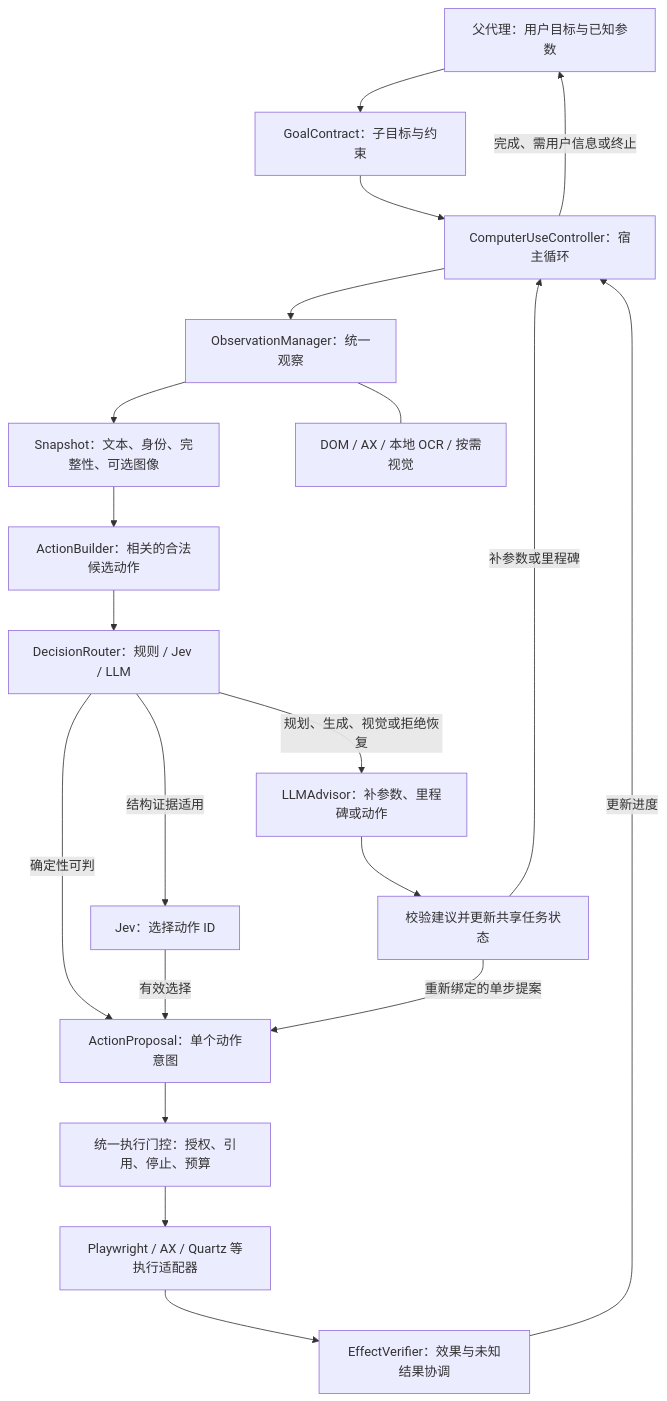
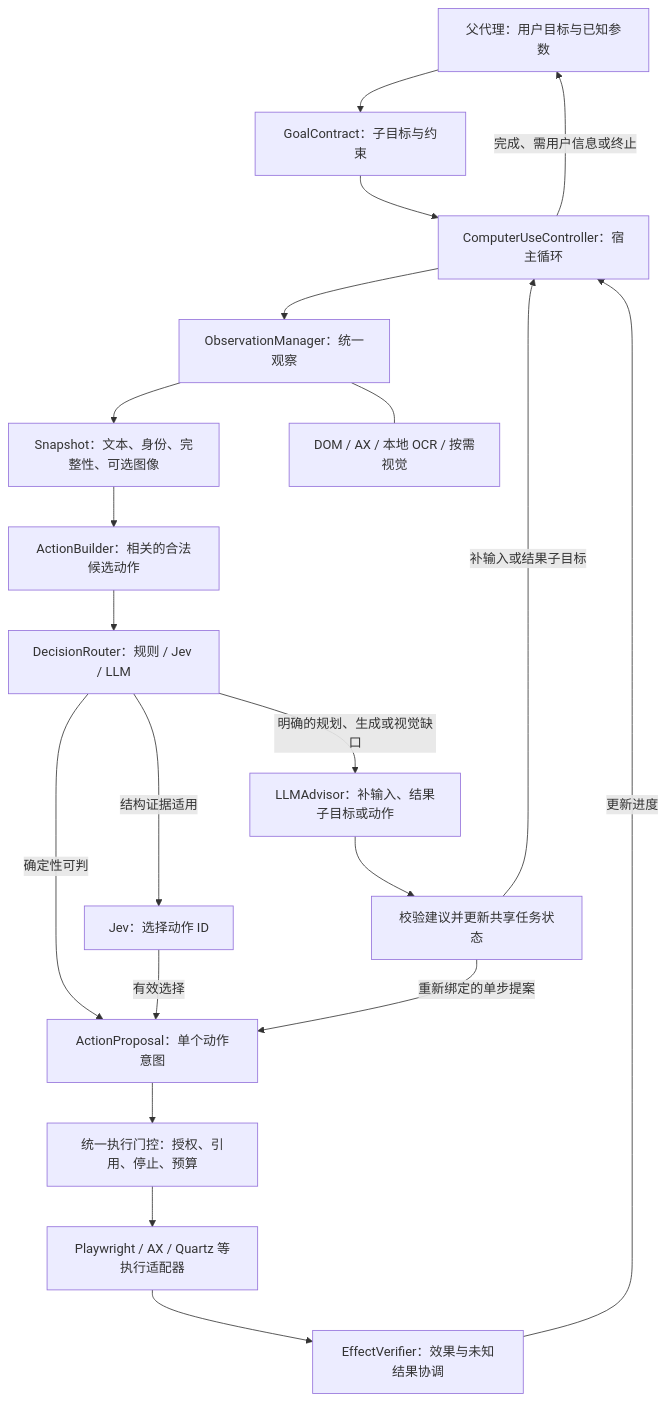
The first of 5 diagrams in docs/plans/active/computer-use-strategy-ladder.md (zbcjackson/tank), drawn with Mermaid before and after one commit. The commit also changed other lines of this file and 1 other file, not shown here.

````diff
--- a/docs/plans/active/computer-use-strategy-ladder.md
+++ b/docs/plans/active/computer-use-strategy-ladder.md
@@ -61,22 +62,22 @@
 ```mermaid
 flowchart TD
     P[父代理：用户目标与已知参数] --> G[GoalContract：子目标与约束]
     G --> C[ComputerUseController：宿主循环]
     C --> O[ObservationManager：统一观察]
     O --> S[Snapshot：文本、身份、完整性、可选图像]
     S --> B[ActionBuilder：相关的合法候选动作]
     B --> R[DecisionRouter：规则 / Jev / LLM]
     R -->|确定性可判| A[ActionProposal：单个动作意图]
     R -->|结构证据适用| J[Jev：选择动作 ID]
     J -->|有效选择| A
-    R -->|规划、生成、视觉或拒绝恢复| L[LLMAdvisor：补参数、里程碑或动作]
+    R -->|明确的规划、生成或视觉缺口| L[LLMAdvisor：补输入、结果子目标或动作]
     L --> U[校验建议并更新共享任务状态]
-    U -->|补参数或里程碑| C
+    U -->|补输入或结果子目标| C
     U -->|重新绑定的单步提案| A
     A --> E[统一执行门控：授权、引用、停止、预算]
     E --> X[Playwright / AX / Quartz 等执行适配器]
     X --> V[EffectVerifier：效果与未知结果协调]
     V -->|更新进度| C
     C -->|完成、需用户信息或终止| P
     O --- K[DOM / AX / 本地 OCR / 按需视觉]
 ```
````
